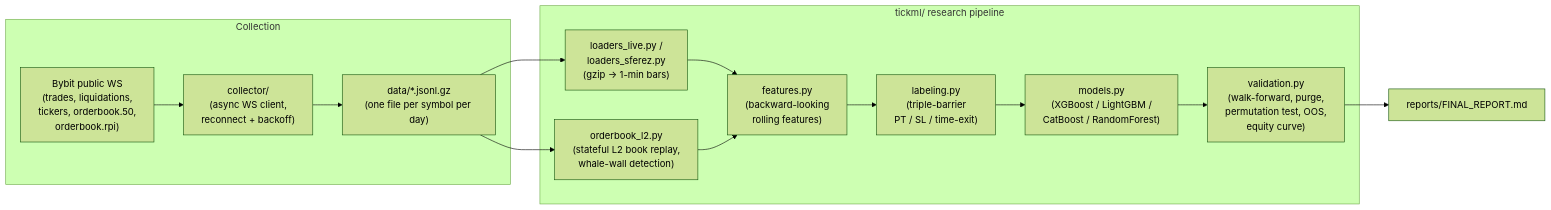
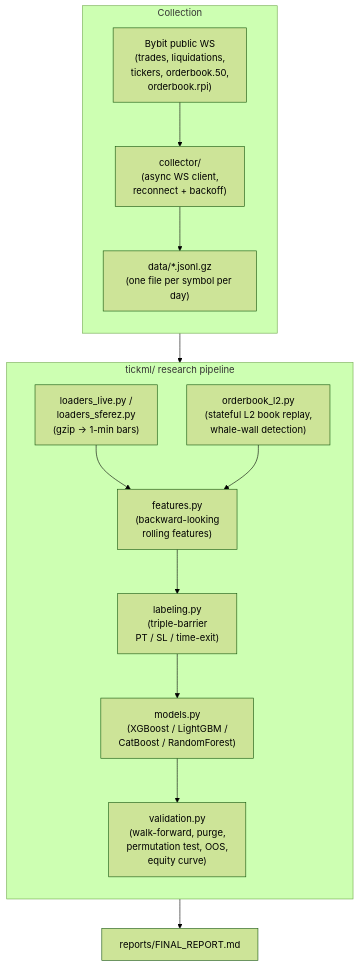
One commit to nadeko0/edge-or-noise changed the first of 3 diagrams in README.md. Above: the diagram before and after it, drawn with Mermaid (forest theme).

Commit message:
README: redraw architecture diagram in portrait (TD) orientation

````diff
--- a/README.md
+++ b/README.md
@@ -90,23 +90,26 @@
 ```mermaid
-flowchart LR
-    subgraph Collection
+flowchart TD
+    subgraph Collection["Collection"]
+        direction TB
         WS["Bybit public WS<br/>(trades, liquidations,<br/>tickers, orderbook.50,<br/>orderbook.rpi)"]
         COL["collector/<br/>(async WS client,<br/>reconnect + backoff)"]
         DISK["data/*.jsonl.gz<br/>(one file per symbol per day)"]
         WS --> COL --> DISK
     end
 
     subgraph Research["tickml/ research pipeline"]
+        direction TB
         LOAD["loaders_live.py /<br/>loaders_sferez.py<br/>(gzip -> 1-min bars)"]
         L2["orderbook_l2.py<br/>(stateful L2 book replay,<br/>whale-wall detection)"]
         FEAT["features.py<br/>(backward-looking<br/>rolling features)"]
         LABEL["labeling.py<br/>(triple-barrier<br/>PT / SL / time-exit)"]
         MODEL["models.py<br/>(XGBoost / LightGBM /<br/>CatBoost / RandomForest)"]
         VALID["validation.py<br/>(walk-forward, purge,<br/>permutation test, OOS,<br/>equity curve)"]
+        LOAD --> FEAT
+        L2 --> FEAT
+        FEAT --> LABEL --> MODEL --> VALID
     end
 
-    DISK --> LOAD --> FEAT
-    DISK --> L2 --> FEAT
-    FEAT --> LABEL --> MODEL --> VALID
+    Collection --> Research
     VALID --> REPORT["reports/FINAL_REPORT.md"]
 ```
````
